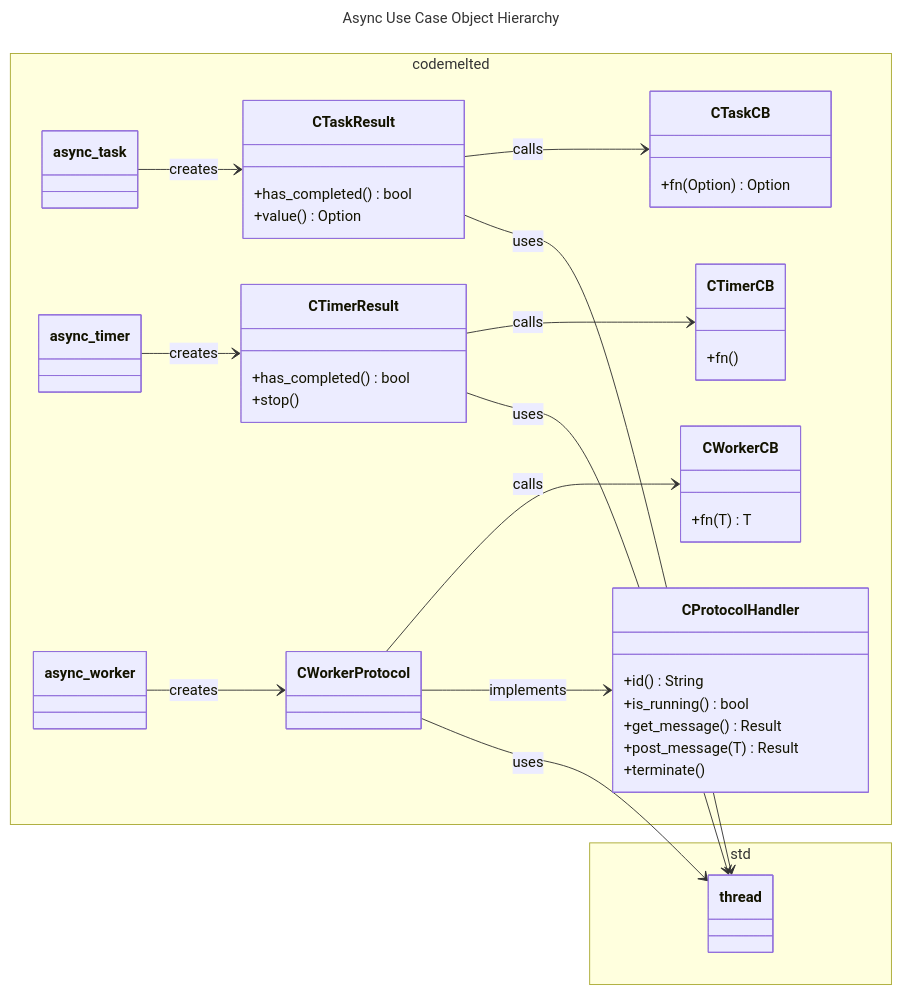
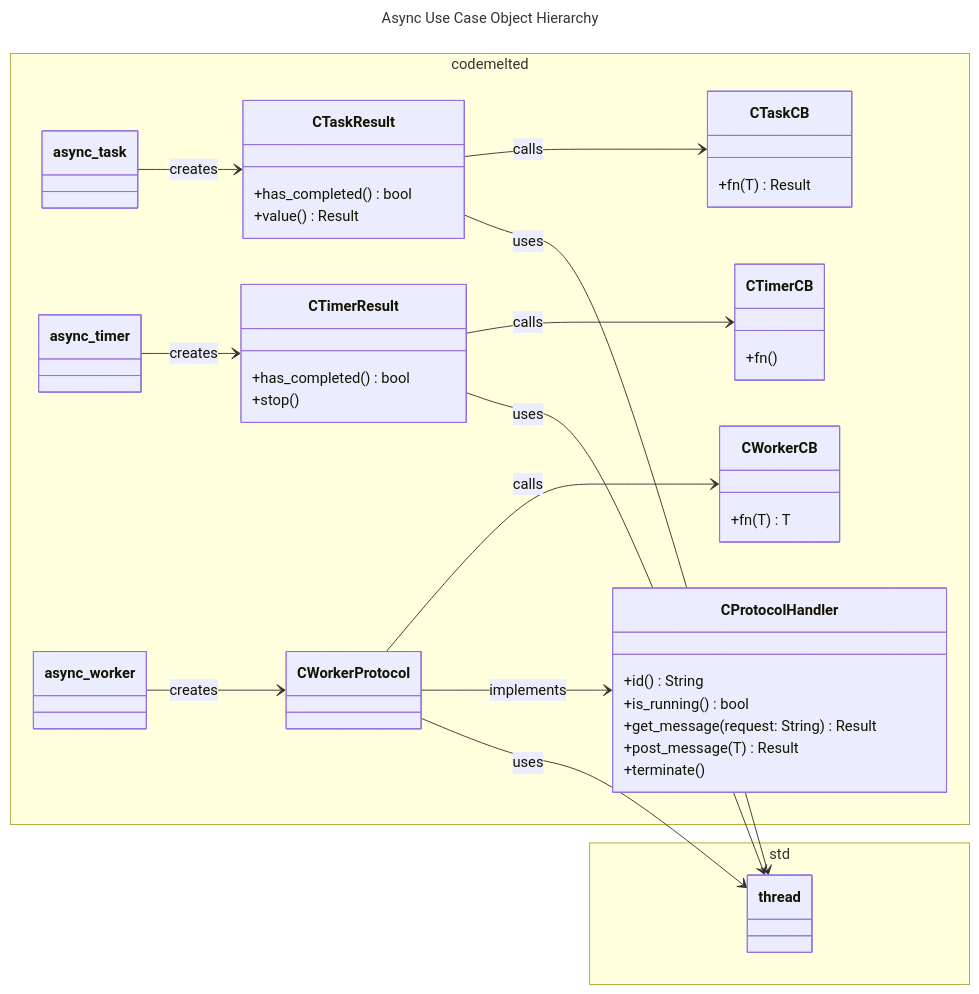
Before and after one commit to CodeMelted/codemelted.rs: the diagram in models/codemelted_async.mmd, drawn with Mermaid. The commit also changed 21 other files, not shown here.

```diff
--- a/models/codemelted_async.mmd
+++ b/models/codemelted_async.mmd
@@ -1,48 +1,48 @@
 ---
 title: Async Use Case Object Hierarchy
 ---
 classDiagram
   direction LR
   namespace codemelted {
     class CProtocolHandler {
       +id() String
       +is_running() bool
-      +get_message() Result
+      +get_message(request: String) Result
       +post_message(T) Result
       +terminate()
     }
     class CTaskCB {
-      +fn(Option) Option
+      +fn(T) Result
     }
     class CTaskResult {
       +has_completed() bool
-      +value() Option
+      +value() Result
     }
     class CTimerCB {
       +fn()
     }
     class CTimerResult {
       +has_completed() bool
       +stop()
     }
     class CWorkerCB {
       +fn(T) T
     }
     class CWorkerProtocol
     class async_task
     class async_timer
     class async_worker
   }
   namespace std {
     class thread
   }
   CTaskResult --> CTaskCB: calls
   CTaskResult --> thread: uses
   CTimerResult --> CTimerCB: calls
   CTimerResult --> thread: uses
   CWorkerProtocol --> CWorkerCB: calls
   CWorkerProtocol --> CProtocolHandler: implements
   CWorkerProtocol --> thread: uses
   async_task --> CTaskResult: creates
   async_timer --> CTimerResult: creates
   async_worker --> CWorkerProtocol: creates
```
